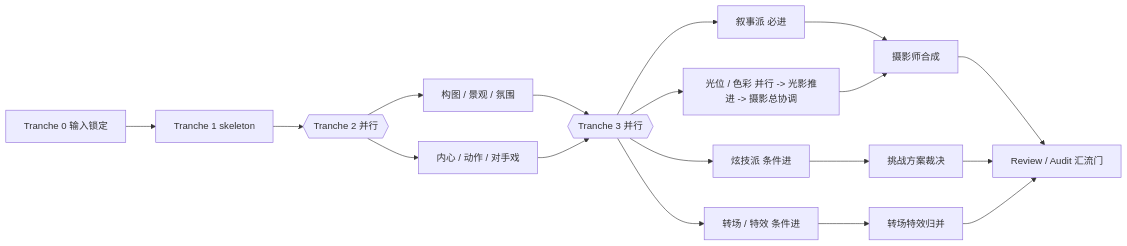
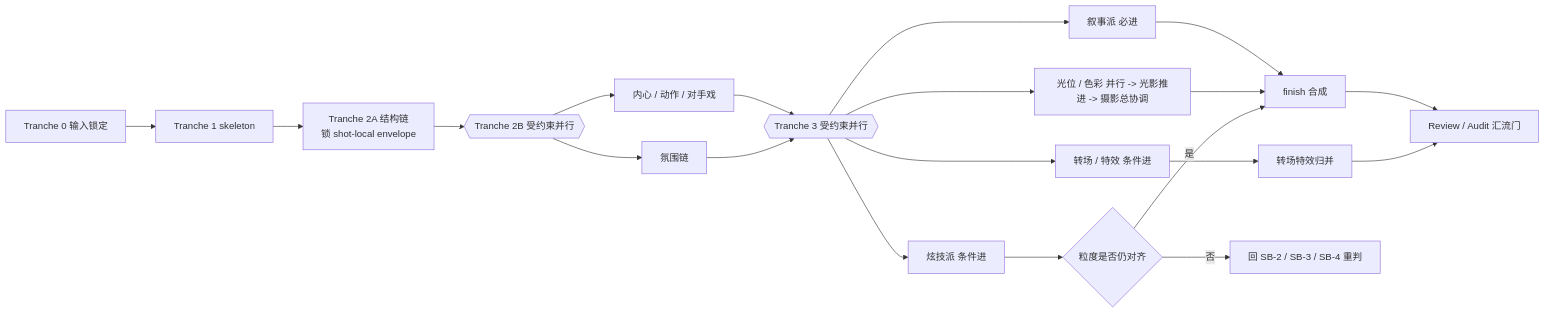
The second of 4 diagrams in .agents/skills/aigc/3-Detail/SKILL.md (ZEN-VOID/AI-CUT), drawn with Mermaid before and after one commit. The commit also changed other lines of this file and 25 other files, not shown here.

````diff
--- a/.agents/skills/aigc/3-Detail/SKILL.md
+++ b/.agents/skills/aigc/3-Detail/SKILL.md
@@ -153,20 +154,22 @@
 ```mermaid
 flowchart LR
     A["Tranche 0 输入锁定"] --> B["Tranche 1 skeleton"]
-    B --> C{{"Tranche 2 并行"}}
-    C --> C1["构图 / 景观 / 氛围"]
-    C --> C2["内心 / 动作 / 对手戏"]
-    C1 --> D{{"Tranche 3 并行"}}
-    C2 --> D
-    D --> D1["叙事派 必进"]
-    D --> D2["炫技派 条件进"]
-    D --> D3["光位 / 色彩 并行 -> 光影推进 -> 摄影总协调"]
-    D --> D4["转场 / 特效 条件进"]
-    D1 --> E["摄影师合成"]
-    D3 --> E
-    D2 --> F["挑战方案裁决"]
-    D4 --> G["转场特效归并"]
-    E --> H["Review / Audit 汇流门"]
-    F --> H
-    G --> H
+    B --> C["Tranche 2A 结构链<br/>锁 shot-local envelope"]
+    C --> D{{"Tranche 2B 受约束并行"}}
+    D --> D1["内心 / 动作 / 对手戏"]
+    D --> D2["氛围链"]
+    D1 --> E{{"Tranche 3 受约束并行"}}
+    D2 --> E
+    E --> E1["叙事派 必进"]
+    E --> E2["炫技派 条件进"]
+    E --> E3["光位 / 色彩 并行 -> 光影推进 -> 摄影总协调"]
+    E --> E4["转场 / 特效 条件进"]
+    E1 --> F["finish 合成"]
+    E3 --> F
+    E2 --> G{"粒度是否仍对齐"}
+    E4 --> H["转场特效归并"]
+    G -- "否" --> R["回 SB-2 / SB-3 / SB-4 重判"]
+    G -- "是" --> F
+    F --> I["Review / Audit 汇流门"]
+    H --> I
 ```
````
